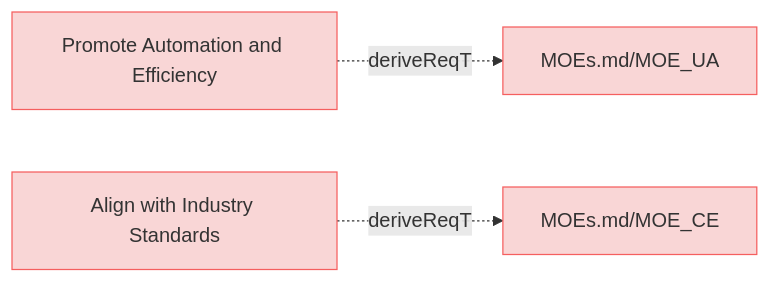
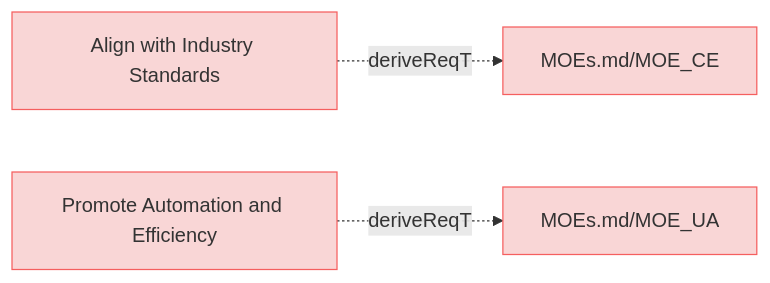
Before and after one commit to reqvire-org/reqvire: the diagram in specifications/MissionRequirements.md, drawn with Mermaid. The commit also changed 20 other files, not shown here.

````diff
--- a/specifications/MissionRequirements.md
+++ b/specifications/MissionRequirements.md
@@ -5,23 +5,23 @@
 ```mermaid
 graph LR;
   %% Graph styling
   classDef requirement fill:#f9d6d6,stroke:#f55f5f,stroke-width:1px;
   classDef verification fill:#d6f9d6,stroke:#5fd75f,stroke-width:1px;
   classDef externalLink fill:#d0e0ff,stroke:#3080ff,stroke-width:1px;
   classDef default fill:#f5f5f5,stroke:#333333,stroke-width:1px;
 
+  7bb378c4c85436b3["Align with Industry Standards"];
+  click 7bb378c4c85436b3 "https://github.com/Reqvire/reqvire/blob/667635d4628fed400323f7df3689af2dbc2ad666/specifications/MissionRequirements.md#align-with-industry-standards";
+  class 7bb378c4c85436b3 requirement;
+  ac59f565725d5e41["MOEs.md/MOE_CE"];
+  class ac59f565725d5e41 requirement;
+  click ac59f565725d5e41 "https://github.com/Reqvire/reqvire/blob/667635d4628fed400323f7df3689af2dbc2ad666/specifications/MOEs.md#moe_ce";
+  7bb378c4c85436b3 -.->|deriveReqT| ac59f565725d5e41;
   c6a350266297241c["Promote Automation and Efficiency"];
-  click c6a350266297241c "https://github.com/Reqvire/reqvire/blob/30536324899084e88969175e3613c971ffa6e108/specifications/MissionRequirements.md#promote-automation-and-efficiency";
+  click c6a350266297241c "https://github.com/Reqvire/reqvire/blob/667635d4628fed400323f7df3689af2dbc2ad666/specifications/MissionRequirements.md#promote-automation-and-efficiency";
   class c6a350266297241c requirement;
   6c33f565725d5e41["MOEs.md/MOE_UA"];
   class 6c33f565725d5e41 requirement;
-  click 6c33f565725d5e41 "https://github.com/Reqvire/reqvire/blob/30536324899084e88969175e3613c971ffa6e108/specifications/MOEs.md#moe_ua";
+  click 6c33f565725d5e41 "https://github.com/Reqvire/reqvire/blob/667635d4628fed400323f7df3689af2dbc2ad666/specifications/MOEs.md#moe_ua";
   c6a350266297241c -.->|deriveReqT| 6c33f565725d5e41;
-  7bb378c4c85436b3["Align with Industry Standards"];
-  click 7bb378c4c85436b3 "https://github.com/Reqvire/reqvire/blob/30536324899084e88969175e3613c971ffa6e108/specifications/MissionRequirements.md#align-with-industry-standards";
-  class 7bb378c4c85436b3 requirement;
-  ac59f565725d5e41["MOEs.md/MOE_CE"];
-  class ac59f565725d5e41 requirement;
-  click ac59f565725d5e41 "https://github.com/Reqvire/reqvire/blob/30536324899084e88969175e3613c971ffa6e108/specifications/MOEs.md#moe_ce";
-  7bb378c4c85436b3 -.->|deriveReqT| ac59f565725d5e41;
 ```
````
